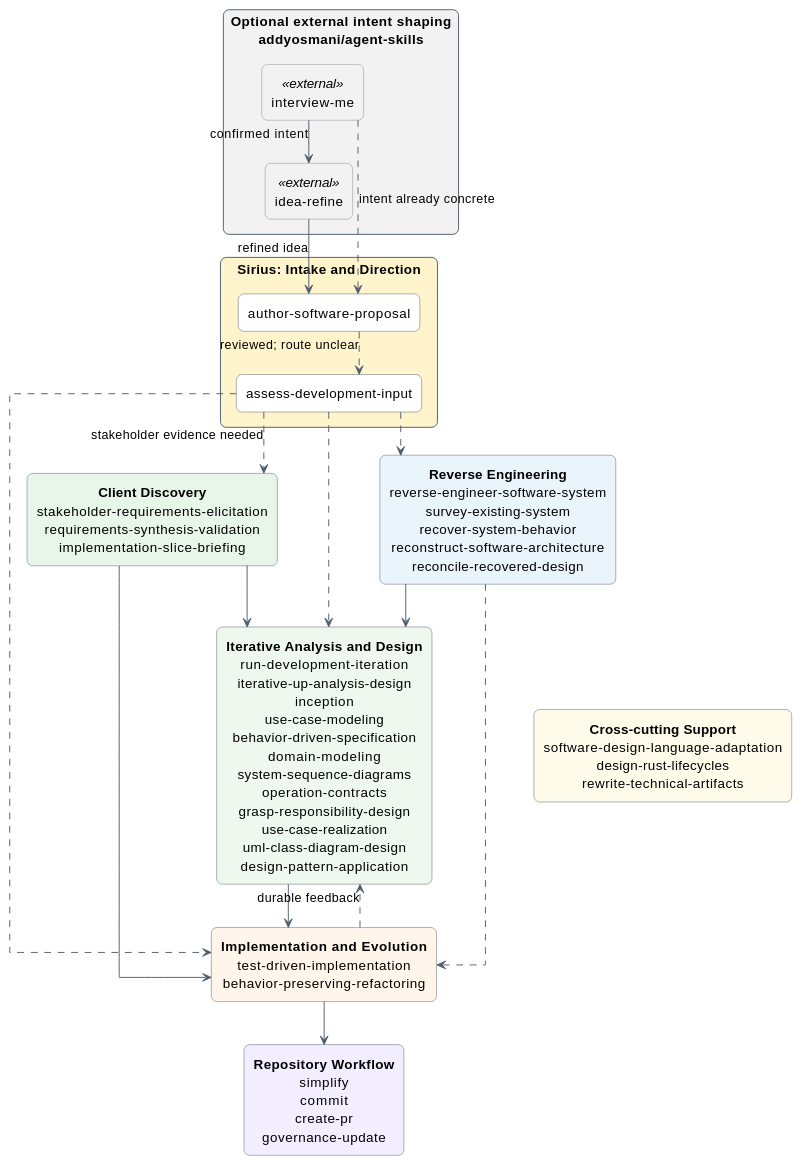
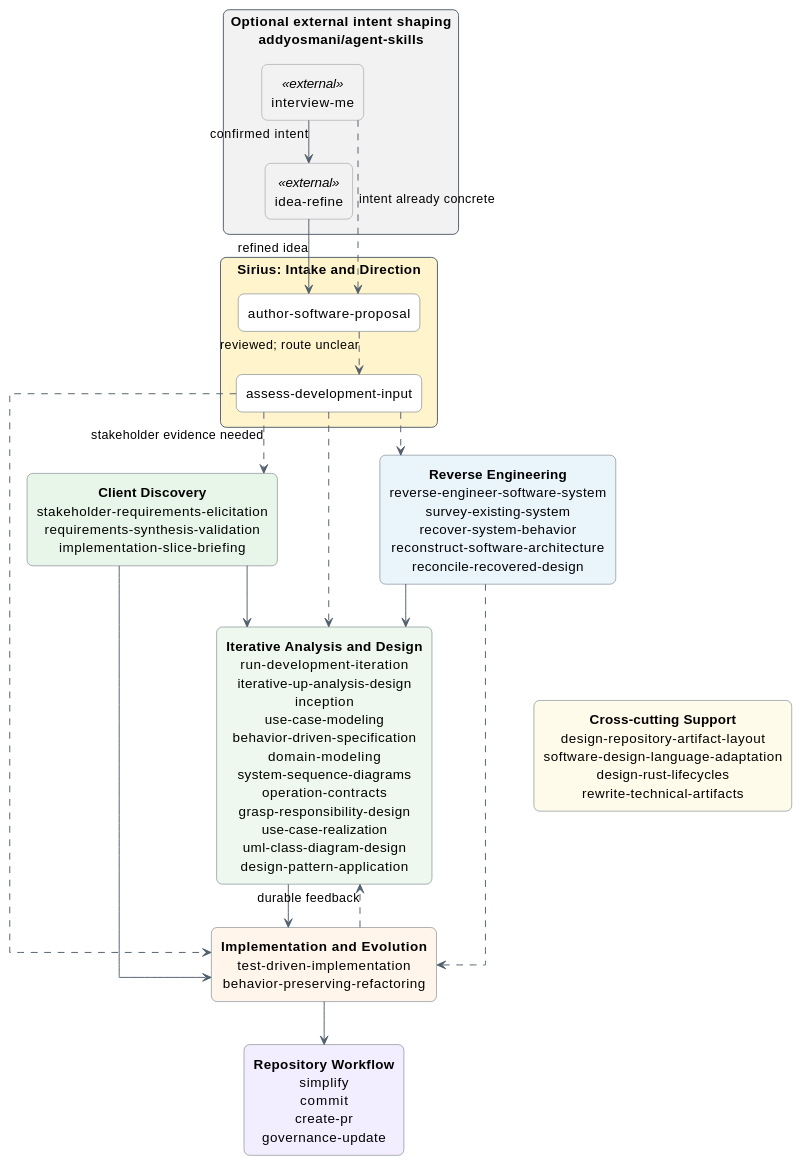
The first of 5 diagrams in catalog/skill-relationships.md (sirius-cc-wu/sirius-skills), drawn with PlantUML before and after one commit. The commit also changed other lines of this file and 24 other files, not shown here.

Commit message:
skills: extract repository artifact layout

````diff
--- a/catalog/skill-relationships.md
+++ b/catalog/skill-relationships.md
@@ -15,67 +15,67 @@
 ```plantuml
 @startuml sirius-skills-birds-eye
 top to bottom direction
 
 skinparam backgroundColor #FFFFFF
 skinparam shadowing false
 skinparam packageStyle rectangle
 skinparam linetype ortho
 skinparam defaultFontName Arial
 skinparam defaultTextAlignment center
 skinparam ArrowColor #52606D
 skinparam nodesep 35
 skinparam ranksep 45
 skinparam rectangle {
   BackgroundColor #FFFFFF
   BorderColor #52606D
   RoundCorner 12
 }
 skinparam rectangle<<external>> {
   BackgroundColor #F2F2F2
   BorderColor #888888
 }
 
 package "Optional external intent shaping\naddyosmani/agent-skills" as addy #F2F2F2 {
   rectangle "interview-me" as addyInterview <<external>>
   rectangle "idea-refine" as addyIdea <<external>>
 }
 
 package "**Sirius: Intake and Direction**" as intake #FFF4CC {
   rectangle "assess-development-input" as assess
   rectangle "author-software-proposal" as proposal
 }
 
 rectangle "**Client Discovery**\nstakeholder-requirements-elicitation\nrequirements-synthesis-validation\nimplementation-slice-briefing" as discovery #E8F5E9
 
 rectangle "**Reverse Engineering**\nreverse-engineer-software-system\nsurvey-existing-system\nrecover-system-behavior\nreconstruct-software-architecture\nreconcile-recovered-design" as reverse #EAF4FB
 
 rectangle "**Iterative Analysis and Design**\nrun-development-iteration\niterative-up-analysis-design\ninception\nuse-case-modeling\nbehavior-driven-specification\ndomain-modeling\nsystem-sequence-diagrams\noperation-contracts\ngrasp-responsibility-design\nuse-case-realization\numl-class-diagram-design\ndesign-pattern-application" as design #EEF8EE
 
 rectangle "**Implementation and Evolution**\ntest-driven-implementation\nbehavior-preserving-refactoring" as implementation #FFF5EA
 
 rectangle "**Repository Workflow**\nsimplify\ncommit\ncreate-pr\ngovernance-update" as repository #F3EEFF
 
-rectangle "**Cross-cutting Support**\nsoftware-design-language-adaptation\ndesign-rust-lifecycles\nrewrite-technical-artifacts" as support #FFFBEA
+rectangle "**Cross-cutting Support**\ndesign-repository-artifact-layout\nsoftware-design-language-adaptation\ndesign-rust-lifecycles\nrewrite-technical-artifacts" as support #FFFBEA
 
 proposal -[hidden]right-> assess
 assess -[hidden]right-> discovery
 discovery -[hidden]right-> reverse
 design -[hidden]right-> support
 
 addyInterview --> addyIdea : confirmed intent
 addyIdea --> proposal : refined idea
 addyInterview ..> proposal : intent already concrete
 proposal ..> assess : reviewed; route unclear
 assess ..> discovery : stakeholder evidence needed
 assess ..> reverse
 assess ..> design
 assess ..> implementation
 discovery --> design
 discovery --> implementation
 reverse --> design
 reverse ..> implementation
 design --> implementation
 implementation ..> design : durable feedback
 implementation --> repository
 @enduml
 ```
````
